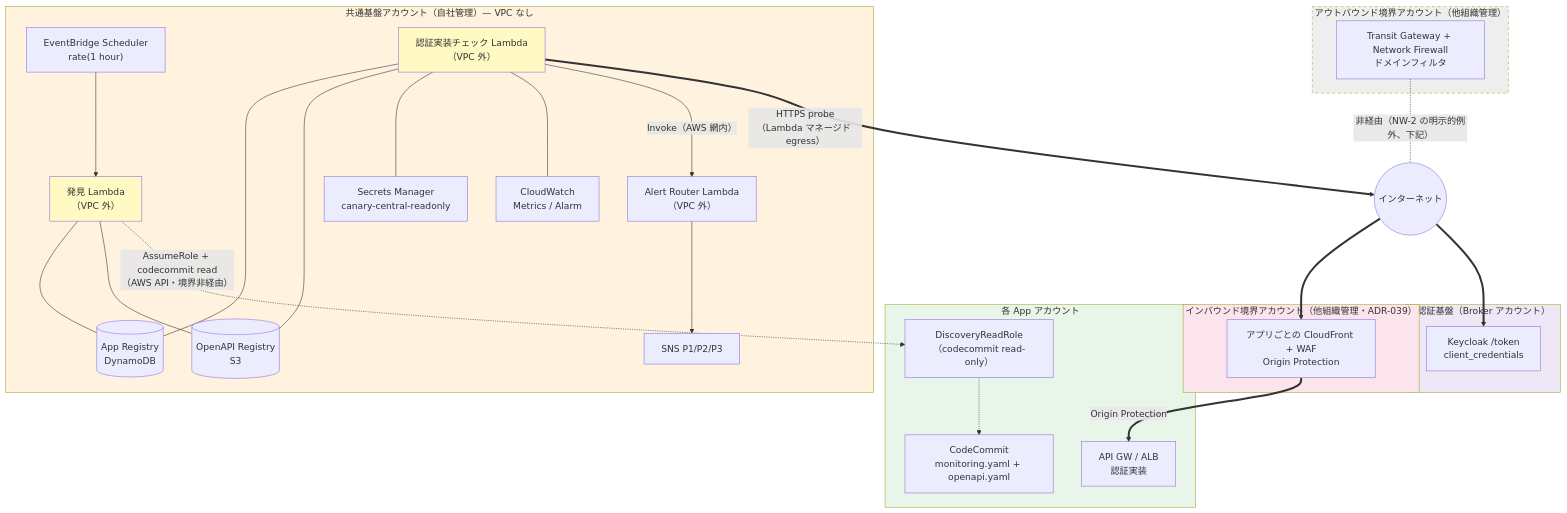
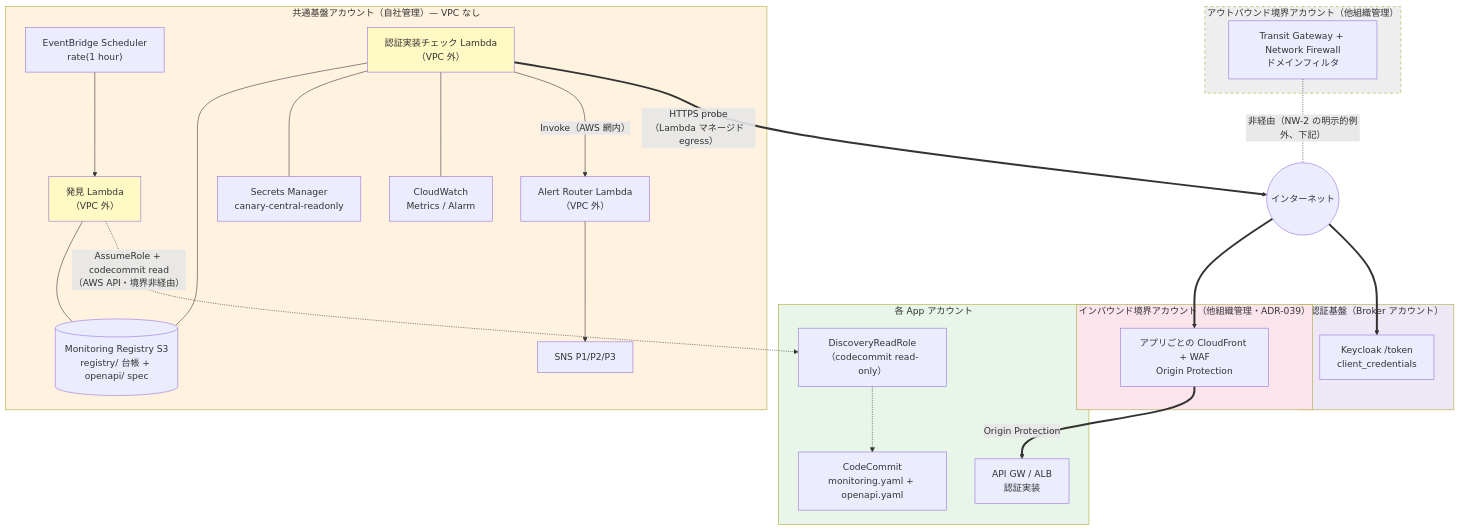
The fourth of 5 diagrams in doc/api-platform/basic-design/10-external-monitoring-overview.md (suepie/aws-atuh-poc), drawn with Mermaid before and after one commit. The commit also changed other lines of this file and 15 other files, not shown here.

````diff
--- a/doc/api-platform/basic-design/10-external-monitoring-overview.md
+++ b/doc/api-platform/basic-design/10-external-monitoring-overview.md
@@ -238,57 +231,55 @@
 ```mermaid
 flowchart TB
     subgraph Central["共通基盤アカウント（自社管理）— VPC なし"]
         SCH["EventBridge Scheduler<br/>rate(1 hour)"]
         DISC["発見 Lambda<br/>（VPC 外）"]
         PROBE["認証実装チェック Lambda<br/>（VPC 外）"]
-        DDB[("App Registry<br/>DynamoDB")]
-        S3R[("OpenAPI Registry<br/>S3")]
+        S3R[("Monitoring Registry S3<br/>registry/ 台帳 + openapi/ spec")]
         SM["Secrets Manager<br/>canary-central-readonly"]
         CW["CloudWatch<br/>Metrics / Alarm"]
         ALR["Alert Router Lambda<br/>（VPC 外）"]
         SNS["SNS P1/P2/P3"]
     end
 
     NET(("インターネット"))
 
     subgraph OutAcct["アウトバウンド境界アカウント（他組織管理）"]
         NFW["Transit Gateway + Network Firewall<br/>ドメインフィルタ"]
     end
 
     subgraph InAcct["インバウンド境界アカウント（他組織管理・ADR-039）"]
         CF["アプリごとの CloudFront + WAF<br/>Origin Protection"]
     end
 
     subgraph AppAcct["各 App アカウント"]
         ROLE["DiscoveryReadRole<br/>（codecommit read-only）"]
         REPO["CodeCommit<br/>monitoring.yaml + openapi.yaml"]
         APIGW["API GW / ALB<br/>認証実装"]
     end
 
     subgraph Broker["認証基盤（Broker アカウント）"]
         KC["Keycloak /token<br/>client_credentials"]
     end
 
     SCH --> DISC
-    DISC & PROBE --- DDB
-    DISC --- S3R
-    PROBE --- S3R & SM & CW
+    DISC & PROBE --- S3R
+    PROBE --- SM & CW
     PROBE -->|"Invoke（AWS 網内）"| ALR --> SNS
 
     DISC -.->|"AssumeRole + codecommit read<br/>（AWS API・境界非経由）"| ROLE
     ROLE -.-> REPO
 
     PROBE ==>|"HTTPS probe<br/>（Lambda マネージド egress）"| NET
     NET ==> CF ==>|"Origin Protection"| APIGW
     NET ==> KC
 
     NFW -. "非経由（NW-2 の明示的例外、下記）" .- NET
 
     style Central fill:#fff3e0
     style OutAcct fill:#eeeeee,stroke-dasharray:5 5
     style InAcct fill:#fce4ec
     style AppAcct fill:#e8f5e9
     style Broker fill:#ede7f6
     style DISC fill:#fff9c4
     style PROBE fill:#fff9c4
 ```
````
